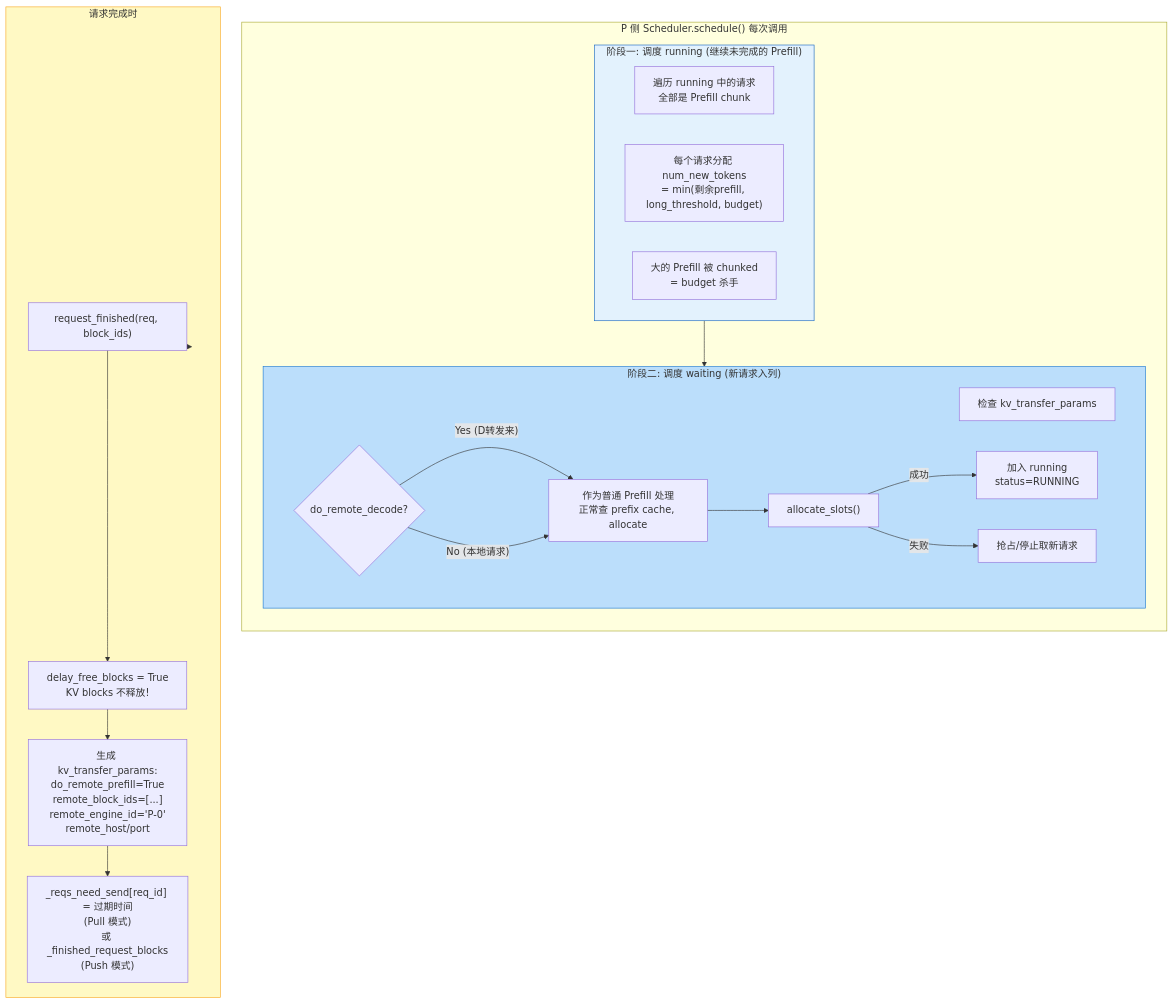
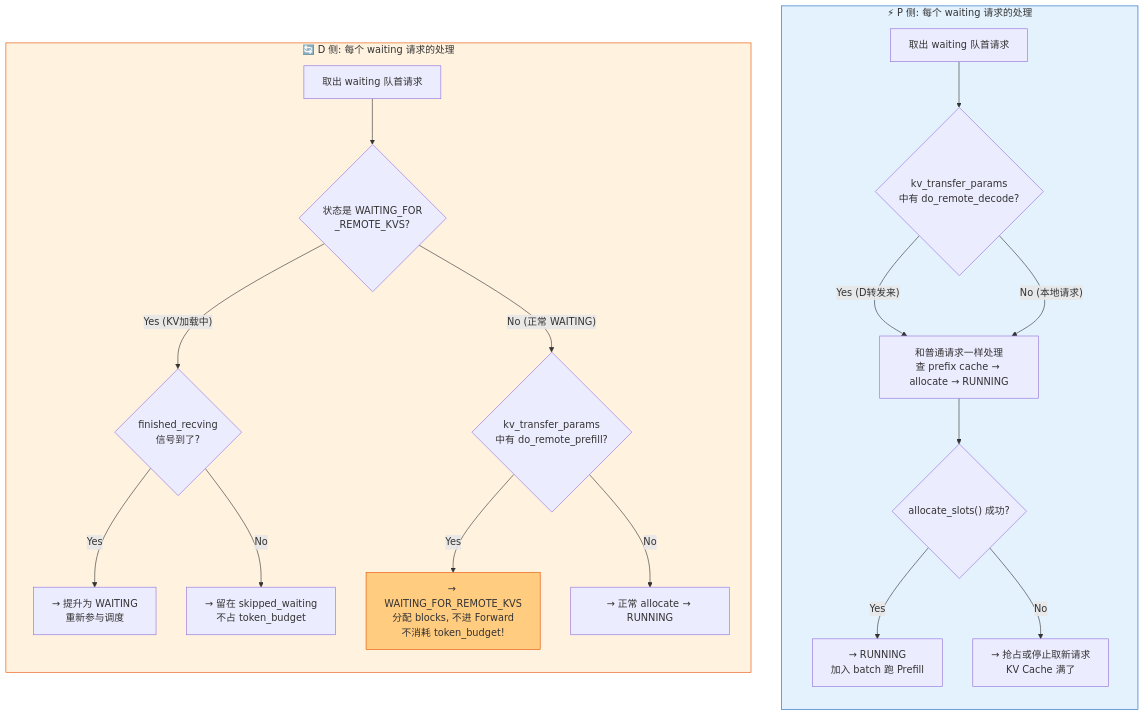
One commit to keyuanweb/ai-learning-path changed the fifth of 7 diagrams in vllm-learning-path/03-调度与KV缓存/13-PD分离组Batch详解.md. Above: the diagram before and after it, drawn with Mermaid. The commit also changed other lines of this file, not shown here.

First line of the commit message:
docs: 重写PD分离组Batch详解，优化全部图表为Mermaid

````diff
--- a/vllm-learning-path/03-调度与KV缓存/13-PD分离组Batch详解.md
+++ b/vllm-learning-path/03-调度与KV缓存/13-PD分离组Batch详解.md
@@ -73,36 +170,27 @@
 ```mermaid
 flowchart TB
-    subgraph P_FLOW["P 侧 Scheduler.schedule() 每次调用"]
+    subgraph P_DECISION["⚡ P 侧: 每个 waiting 请求的处理"]
         direction TB
-        
-        subgraph P_PHASE1["阶段一: 调度 running (继续未完成的 Prefill)"]
-            R1["遍历 running 中的请求<br/>全部是 Prefill chunk"]
-            R2["每个请求分配 num_new_tokens<br/>= min(剩余prefill, long_threshold, budget)"]
-            R3["大的 Prefill 被 chunked<br/>= budget 杀手"]
-        end
-
-        subgraph P_PHASE2["阶段二: 调度 waiting (新请求入列)"]
-            W1["检查 kv_transfer_params"]
-            W2{"do_remote_decode?"}
-            W2 -->|"Yes (D转发来)"| W3["作为普通 Prefill 处理<br/>正常查 prefix cache, allocate"]
-            W2 -->|"No (本地请求)"| W3
-            W3 --> W4["allocate_slots()"]
-            W4 -->|"成功"| W5["加入 running<br/>status=RUNNING"]
-            W4 -->|"失败"| W6["抢占/停止取新请求"]
-        end
+        PA["取出 waiting 队首请求"] --> PB{"kv_transfer_params<br/>中有 do_remote_decode?"}
+        PB -->|"Yes (D转发来)"| PC["和普通请求一样处理<br/>查 prefix cache → allocate → RUNNING"]
+        PB -->|"No (本地请求)"| PC
+        PC --> PD{"allocate_slots() 成功?"}
+        PD -->|"Yes"| PE["→ RUNNING<br/>加入 batch 跑 Prefill"]
+        PD -->|"No"| PF["→ 抢占或停止取新请求<br/>KV Cache 满了"]
     end
 
-    subgraph P_FINISH["请求完成时"]
-        F1["request_finished(req, block_ids)"]
-        F2["delay_free_blocks = True<br/>KV blocks 不释放!"]
-        F3["生成 kv_transfer_params:<br/>do_remote_prefill=True<br/>remote_block_ids=[...]<br/>remote_engine_id='P-0'<br/>remote_host/port"]
-        F4["_reqs_need_send[req_id] = 过期时间<br/>(Pull 模式)<br/>或 _finished_request_blocks<br/>(Push 模式)"]
+    subgraph D_DECISION["🔄 D 侧: 每个 waiting 请求的处理"]
+        direction TB
+        DA["取出 waiting 队首请求"] --> DB{"状态是 WAITING_FOR<br/>_REMOTE_KVS?"}
+        DB -->|"Yes (KV加载中)"| DC{"finished_recving<br/>信号到了?"}
+        DC -->|"Yes"| DD["→ 提升为 WAITING<br/>重新参与调度"]
+        DC -->|"No"| DE["→ 留在 skipped_waiting<br/>不占 token_budget"]
+        DB -->|"No (正常 WAITING)"| DF{"kv_transfer_params<br/>中有 do_remote_prefill?"}
+        DF -->|"Yes"| DG["→ WAITING_FOR_REMOTE_KVS<br/>分配 blocks, 不进 Forward<br/>不消耗 token_budget!"]
+        DF -->|"No"| DH["→ 正常 allocate → RUNNING"]
     end
 
-    P_PHASE1 --> P_PHASE2
-    P_FINISH --> F1 --> F2 --> F3 --> F4
-
-    style P_PHASE1 fill:#e3f2fd,stroke:#1565c0
-    style P_PHASE2 fill:#bbdefb,stroke:#1976d2
-    style P_FINISH fill:#fff9c4,stroke:#f9a825
+    style P_DECISION fill:#e3f2fd,stroke:#1565c0
+    style D_DECISION fill:#fff3e0,stroke:#e65100
+    style DG fill:#ffcc80,stroke:#e65100
 ```
````
